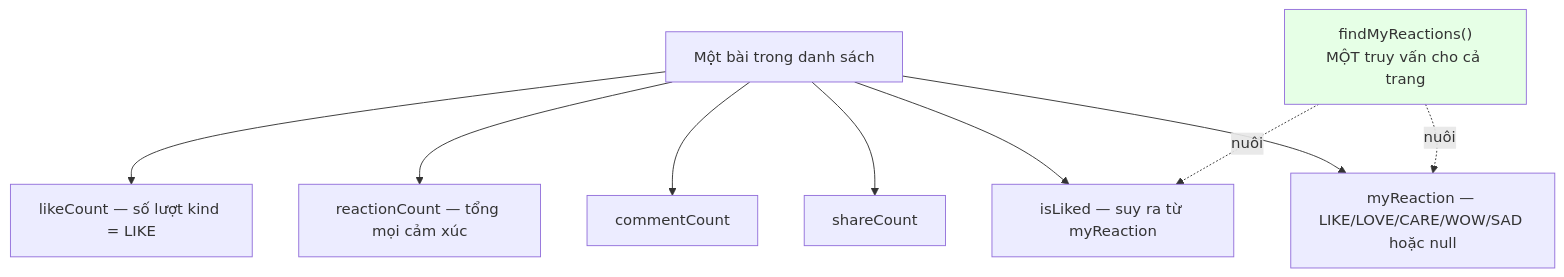
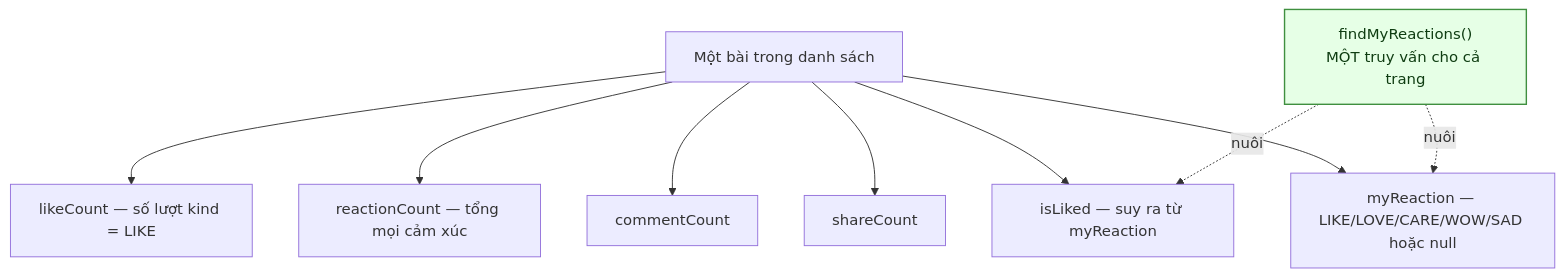
One commit to fdshn/trueheart changed the third of 4 diagrams in docs/diagram/05-feed.md. Above: the diagram before and after it, drawn with Mermaid. The commit also changed other lines of this file and 30 other files, not shown here.

First line of the commit message:
docs(diagram): chữ trong khối tô màu đọc được ở cả giao diện sáng và tối

````diff
--- a/docs/diagram/05-feed.md
+++ b/docs/diagram/05-feed.md
@@ -49,14 +49,14 @@
 ```mermaid
 flowchart TD
     P[Một bài trong danh sách] --> A["likeCount — số lượt kind = LIKE"]
     P --> B["reactionCount — tổng mọi cảm xúc"]
     P --> C["commentCount"]
     P --> D["shareCount"]
     P --> E["isLiked — suy ra từ myReaction"]
     P --> F["myReaction — LIKE/LOVE/CARE/WOW/SAD hoặc null"]
 
     G["findMyReactions()<br/>MỘT truy vấn cho cả trang"] -.nuôi.-> E
     G -.nuôi.-> F
 
-    style G fill:#e6ffe6
+    style G fill:#e6ffe6,stroke:#3f8f3f,stroke-width:1.5px,color:#0f3d12
 ```
````
